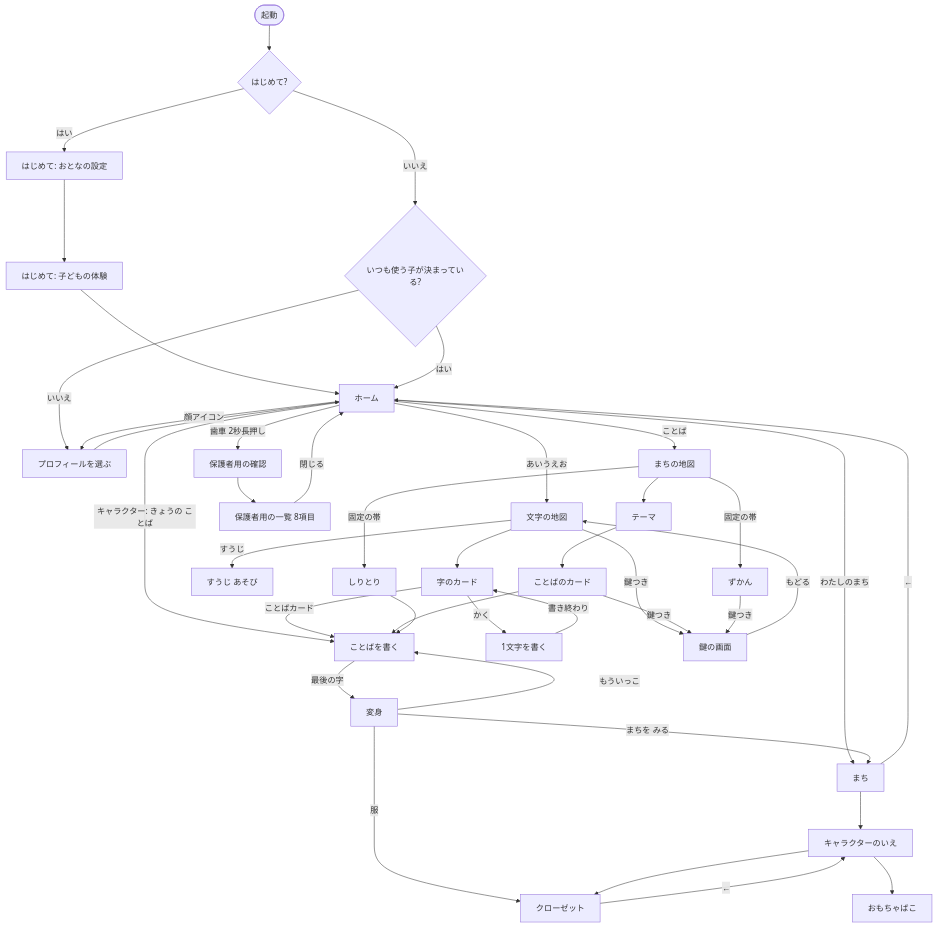
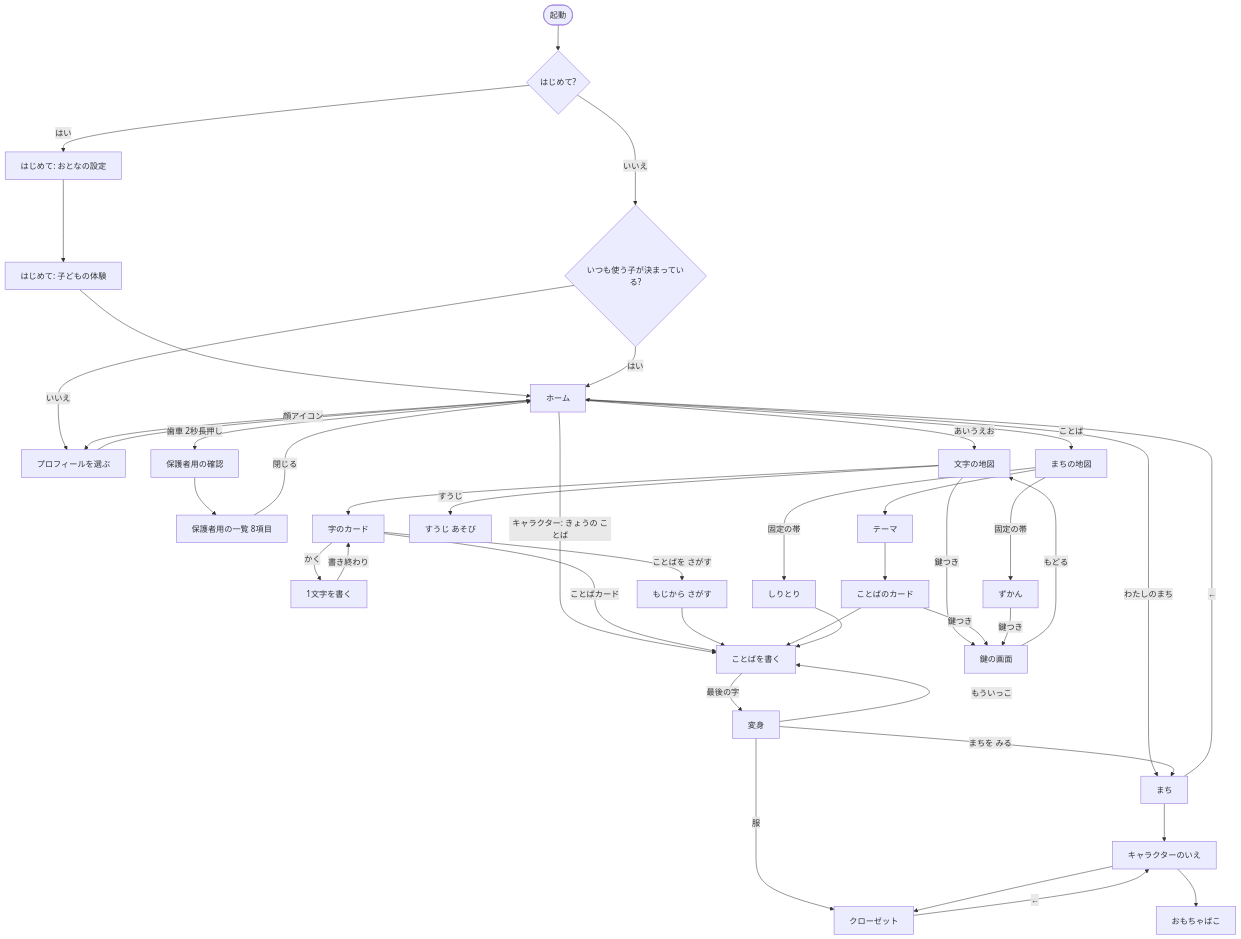
One commit to kenchan0130/writing-practice-app changed the diagram in docs/screens.md. Above: the diagram before and after it, drawn with Mermaid. The commit also changed other lines of this file and 160 other files, not shown here.

First line of the commit message:
Add the picture book (ずかん) and word search by letter (D181)

````diff
--- a/docs/screens.md
+++ b/docs/screens.md
@@ -73,48 +74,50 @@
 ```mermaid
 flowchart TD
   Start([起動]) --> First{はじめて?}
   First -- はい --> OnbA[はじめて: おとなの設定]
   OnbA --> OnbB[はじめて: 子どもの体験]
   OnbB --> Home
   First -- いいえ --> Who{いつも使う子が決まっている?}
   Who -- いいえ --> Profile[プロフィールを選ぶ]
   Who -- はい --> Home
   Profile --> Home[ホーム]
 
   Home -- 顔アイコン --> Profile
   Home -- あいうえお --> Map[文字の地図]
   Home -- ことば --> Places[まちの地図]
   Home -- わたしのまち --> Town[まち]
   Home -- キャラクター: きょうの ことば --> WordWrite
   Home -- 歯車 2秒長押し --> Gate[保護者用の確認]
   Gate --> Parent[保護者用の一覧 8項目]
   Parent -- 閉じる --> Home
 
   Map --> Card[字のカード]
   Card -- かく --> LetterWrite[1文字を書く]
   Card -- ことばカード --> WordWrite[ことばを書く]
+  Card -- ことばを さがす --> LetterWords[もじから さがす]
+  LetterWords --> WordWrite
   Map -- すうじ --> Numbers[すうじ あそび]
 
   Places --> Theme[テーマ]
   Places -- 固定の帯 --> Shiritori[しりとり]
   Places -- 固定の帯 --> Zukan[ずかん]
   Theme --> WordCard[ことばのカード]
   WordCard --> WordWrite
   Shiritori --> WordWrite
   Map -- 鍵つき --> Lock[鍵の画面]
   WordCard -- 鍵つき --> Lock
   Zukan -- 鍵つき --> Lock
   Lock -- もどる --> Map
 
   LetterWrite -- 書き終わり --> Card
   WordWrite -- 最後の字 --> Transform[変身]
   Transform -- もういっこ --> WordWrite
   Transform -- まちを みる --> Town
   Transform -- 服 --> Closet[クローゼット]
 
   Town --> House[キャラクターのいえ]
   House --> Closet
   House --> Toybox[おもちゃばこ]
   Town -- ← --> Home
   Closet -- ← --> House
 ```
````
